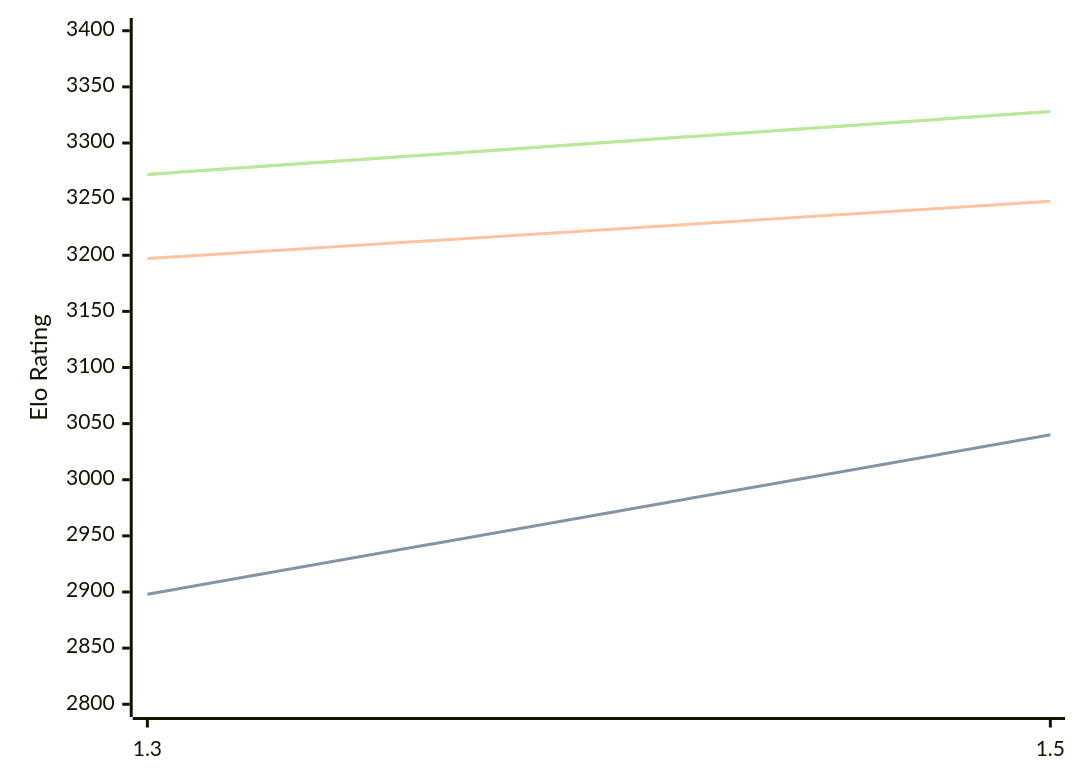
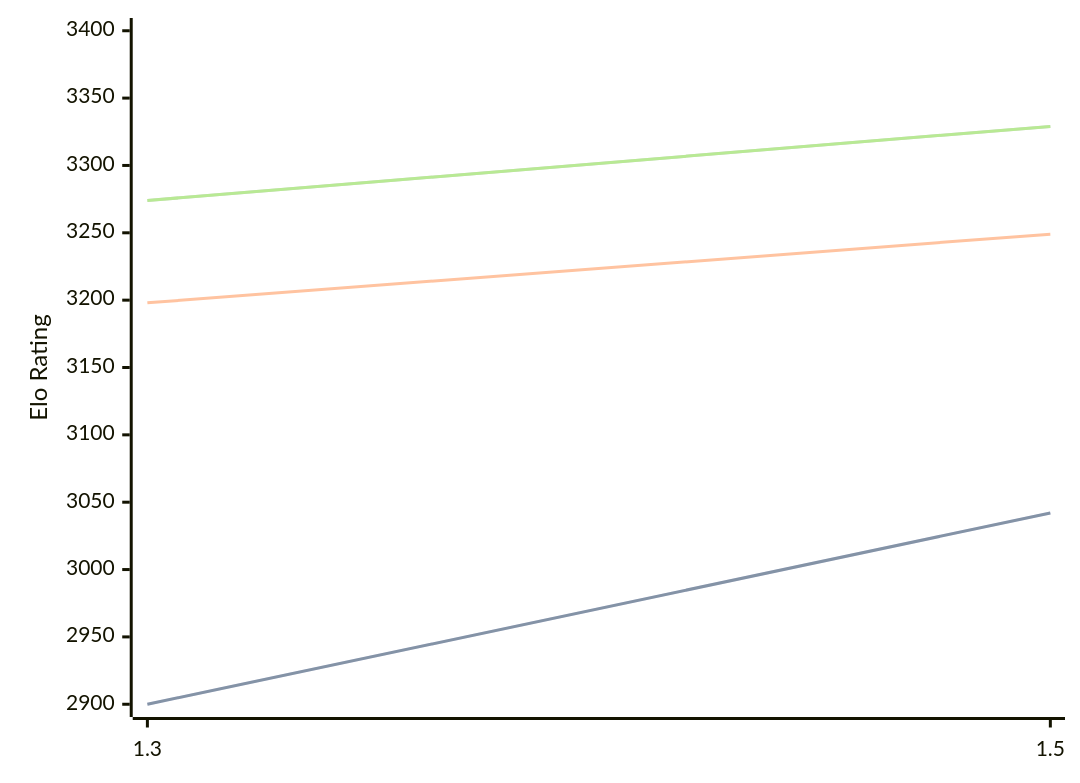
One commit to computer-chess-index/cci changed the third of 3 diagrams in engines/Lambergar.md. Above: the diagram before and after it, drawn with Mermaid. The commit also changed other lines of this file, not shown here.

Commit message:
Update CCI Ratings (ELO VLTC) - 2026-06-30

````diff
--- a/engines/Lambergar.md
+++ b/engines/Lambergar.md
@@ -77,11 +77,11 @@
 ```mermaid
 %%{init: {"theme":"base","themeVariables":{"seriesColors:['#a3a3a3','#222221','#faa371']}}}%%
 xychart-beta
   x-axis ["1.3", "1.5"]
-  y-axis "Elo Rating" 2800 --> 3400
-  line "STC (8.0+0.08s)" [2898, 3040]
-  line "STC (8.0+0.08s)" [2898, 3040]
-  line "LTC (60.0+0.60s)" [3197, 3248]
-  line "VLTC (2m24s+1.12s)" [3272, 3328]
-  line "VLTC (2m24s+1.12s)" [3272, 3328]
+  y-axis "Elo Rating" 2900 --> 3400
+  line "STC (8.0+0.08s)" [2900, 3042]
+  line "STC (8.0+0.08s)" [2900, 3042]
+  line "LTC (60.0+0.60s)" [3198, 3249]
+  line "VLTC (2m24s+1.12s)" [3274, 3329]
+  line "VLTC (2m24s+1.12s)" [3274, 3329]
 ```
````
